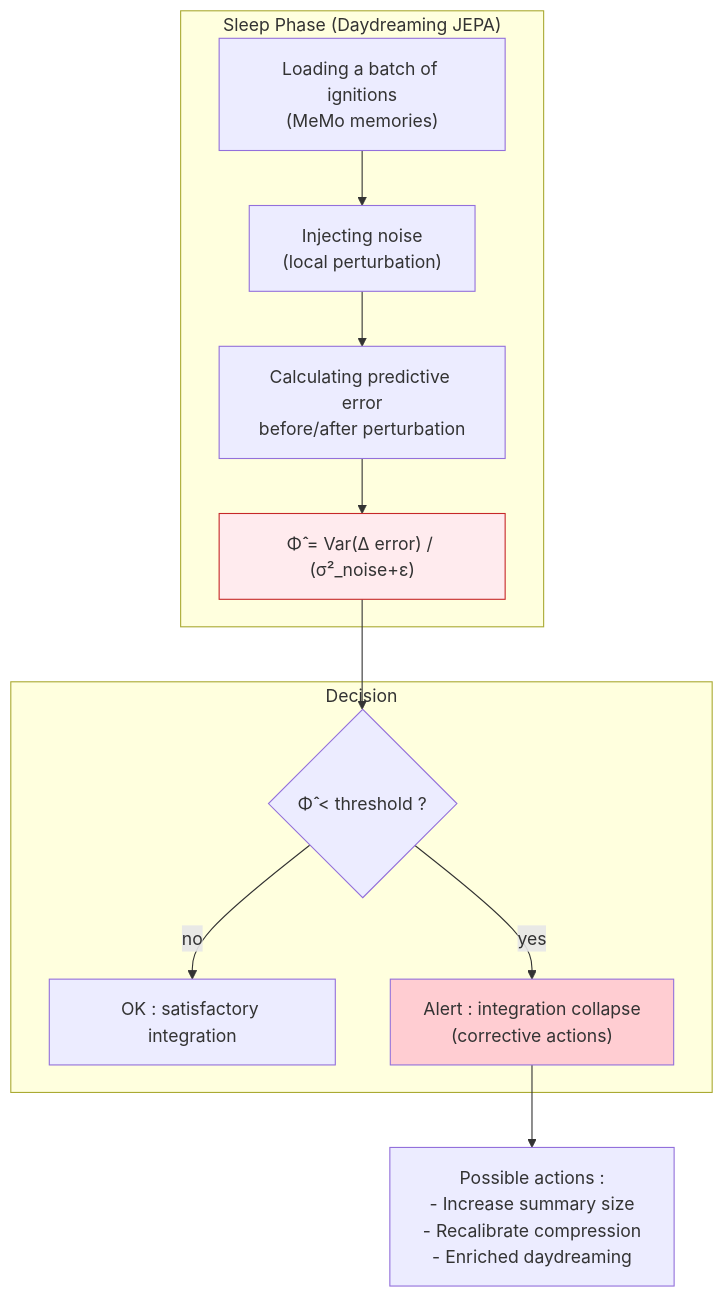
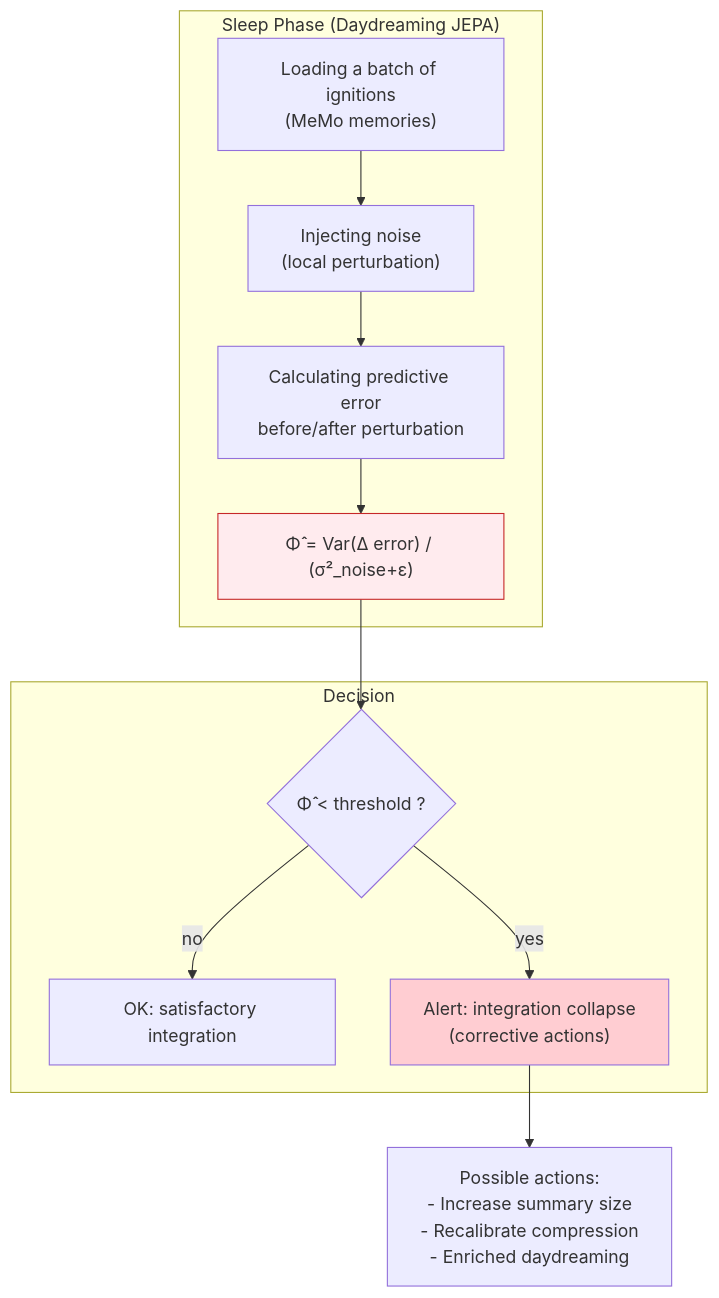
One commit to AlainCo/GNWT-Garrigue-X-en changed the seventh of 7 diagrams in concepts/concepts.md. Above: the diagram before and after it, drawn with Mermaid. The commit also changed other lines of this file and 23 other files, not shown here.

````diff
--- a/concepts/concepts.md
+++ b/concepts/concepts.md
@@ -617,24 +624,24 @@
 ```mermaid
 flowchart TD
     subgraph Sommeil ["Sleep Phase (Daydreaming JEPA)"]
         A["Loading a batch of ignitions<br>(MeMo memories)"]
         B["Injecting noise<br>(local perturbation)"]
         C["Calculating predictive error<br>before/after perturbation"]
         D["Φ̂ = Var(Δ error) / (σ²_noise+ε)"]
     end
 
     subgraph Alerte ["Decision"]
         E{Φ̂ < threshold ?}
-        F["OK : satisfactory integration"]
-        G["Alert : integration collapse<br>(corrective actions)"]
+        F["OK: satisfactory integration"]
+        G["Alert: integration collapse<br>(corrective actions)"]
     end
 
     A --> B --> C --> D --> E
     E -->|no| F
     E -->|yes| G
 
-    G --> H["Possible actions :<br>- Increase summary size<br>- Recalibrate compression<br>- Enriched daydreaming"]
+    G --> H["Possible actions:<br>- Increase summary size<br>- Recalibrate compression<br>- Enriched daydreaming"]
 
     style D fill:#ffebee,stroke:#c62828
     style G fill:#ffcdd2
 ```
````
